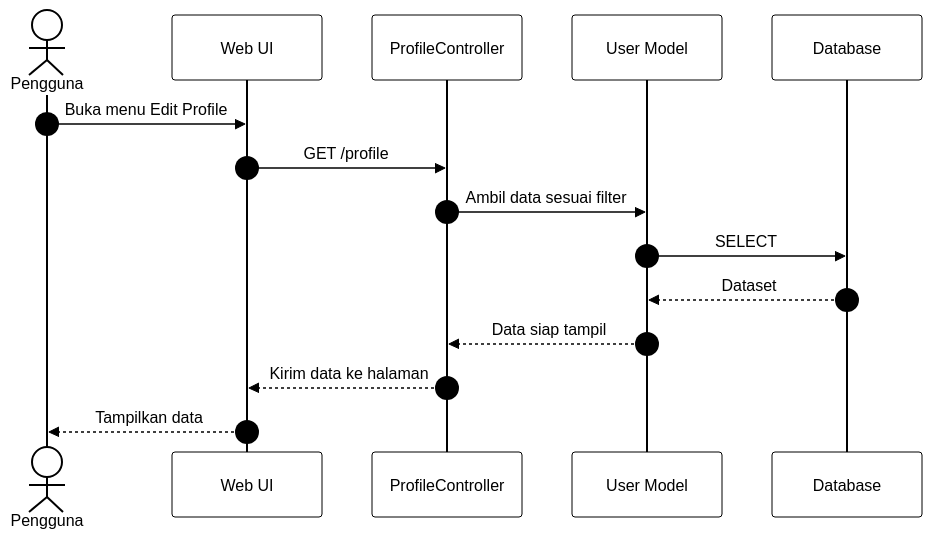
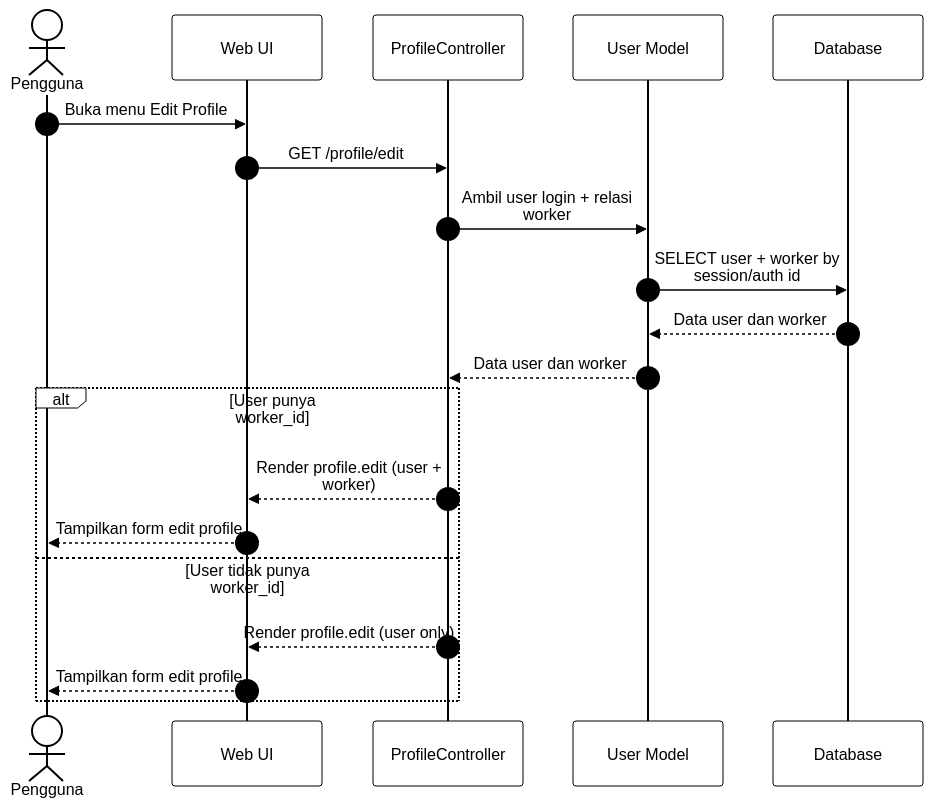
The diagram in docs/SequenceDiagram/Profil-EditProfile.mermaid (SulaimanHafi23/SimpegRSHDI), drawn with Mermaid before and after one commit. The commit also changed 637 other files, not shown here.

Commit message:
update sequence

```diff
--- a/docs/SequenceDiagram/Profil-EditProfile.mermaid
+++ b/docs/SequenceDiagram/Profil-EditProfile.mermaid
@@ -1,17 +1,22 @@
 %%{init: {"theme": "base", "themeVariables": {"background": "#dddddd", "primaryColor": "#ffffff", "primaryBorderColor": "#000000", "primaryTextColor": "#000000", "lineColor": "#000000", "textColor": "#000000", "actorBkg": "#ffffff", "actorBorder": "#000000", "actorTextColor": "#000000", "activationBkgColor": "#ffffff", "activationBorderColor": "#000000", "signalColor": "#000000", "signalTextColor": "#000000", "labelBoxBkgColor": "#ffffff", "labelBoxBorderColor": "#000000", "labelTextColor": "#000000", "sequenceNumberColor": "#000000", "noteBkgColor": "#ffffff", "noteBorderColor": "#000000", "noteTextColor": "#000000"}, "sequence": {"useMaxWidth": true, "wrap": true, "messageFontSize": 12, "noteFontSize": 12}}}%%
 sequenceDiagram
     autonumber
     actor A as Pengguna
     participant UI as Web UI
     participant C as ProfileController
     participant M as User Model
     participant DB as Database
 
     A->>UI: Buka menu Edit Profile
-    UI->>C: GET /profile
-    C->>M: Ambil data sesuai filter
-    M->>DB: SELECT
-    DB-->>M: Dataset
-    M-->>C: Data siap tampil
-    C-->>UI: Kirim data ke halaman
-    UI-->>A: Tampilkan data
+    UI->>C: GET /profile/edit
+    C->>M: Ambil user login + relasi worker
+    M->>DB: SELECT user + worker by session/auth id
+    DB-->>M: Data user dan worker
+    M-->>C: Data user dan worker
+    alt User punya worker_id
+        C-->>UI: Render profile.edit (user + worker)
+        UI-->>A: Tampilkan form edit profile
+    else User tidak punya worker_id
+        C-->>UI: Render profile.edit (user only)
+        UI-->>A: Tampilkan form edit profile
+    end
```
